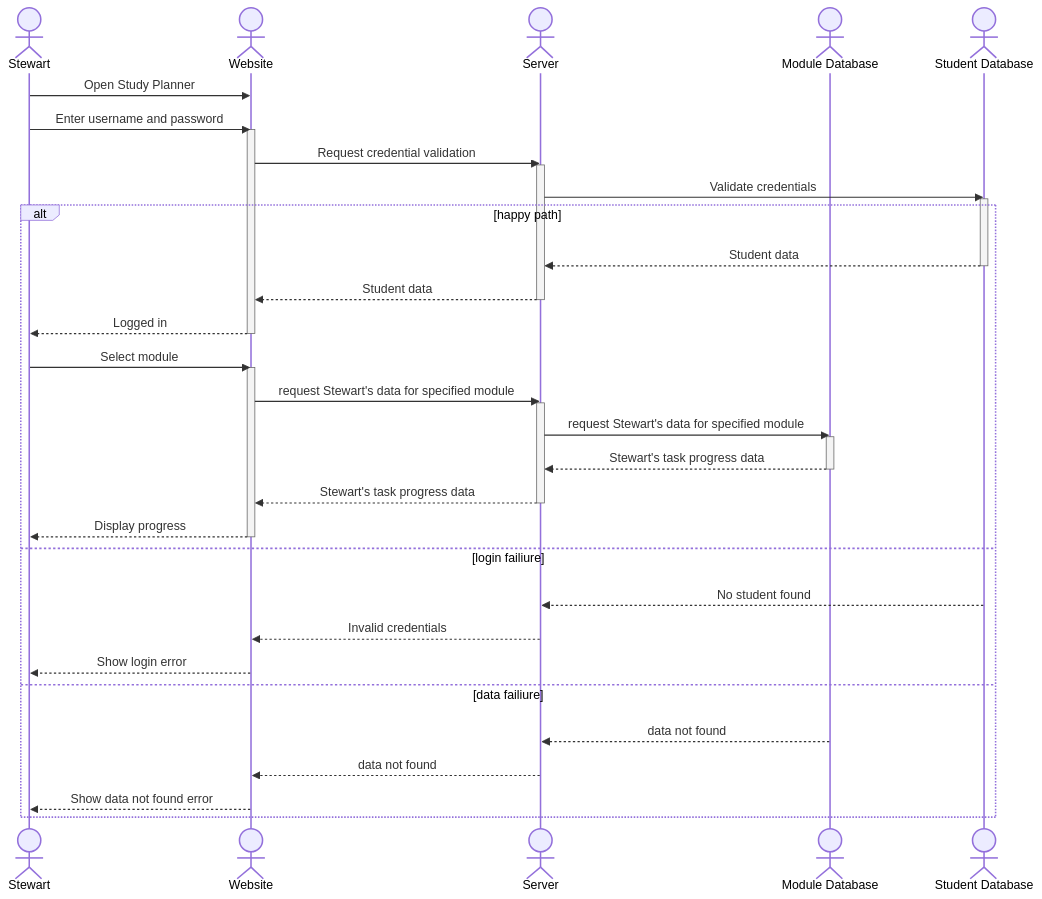
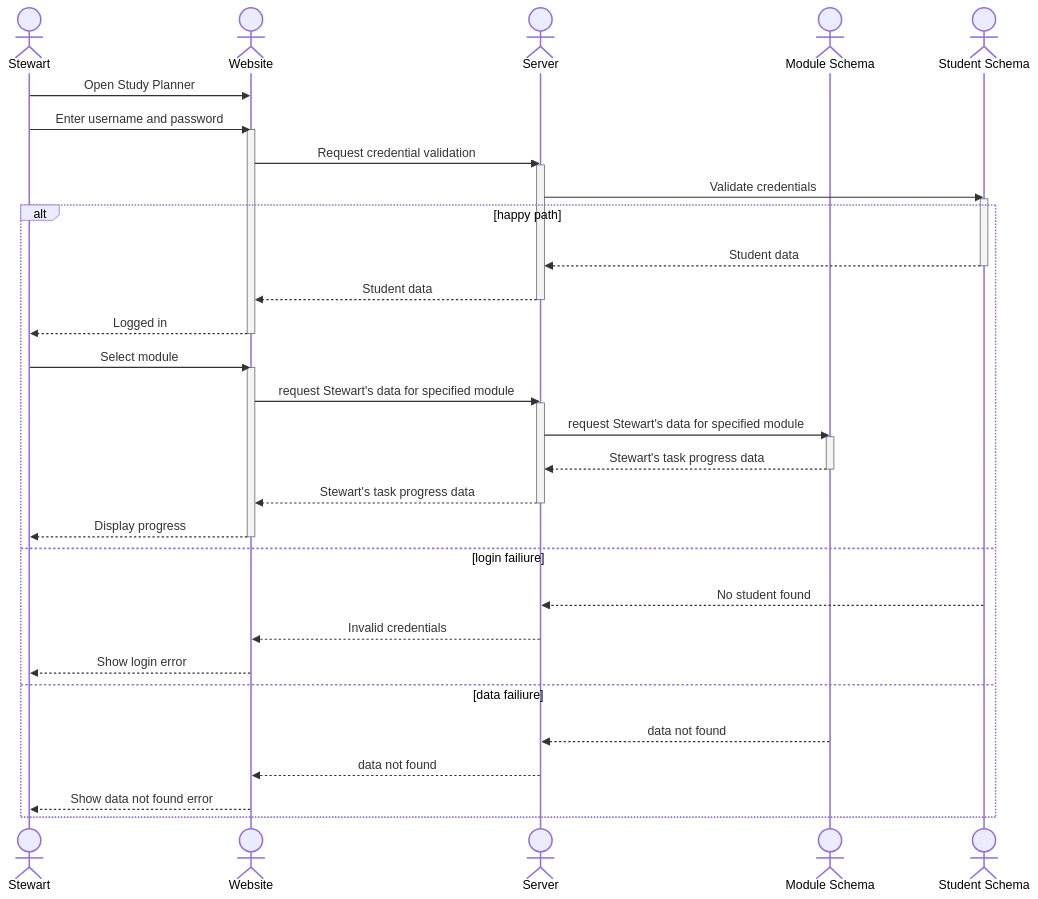
The first of 3 diagrams in Documentation/sequence-diagrams.markdown (Harriet-Crimson/crispy-system), drawn with Mermaid before and after one commit. The commit also changed other lines of this file, not shown here.

Commit message:
Database is now Schema

````diff
--- a/Documentation/sequence-diagrams.markdown
+++ b/Documentation/sequence-diagrams.markdown
@@ -2,45 +2,45 @@
 ```mermaid
 sequenceDiagram
   actor Stewart
   actor Website
   actor Server
-  actor Module Database
-  actor Student Database
+  actor Module Schema
+  actor Student Schema
   Stewart->>Website: Open Study Planner
   Stewart->>Website: Enter username and password
   activate Website
   Website->>Server: Request credential validation
   activate Server
-  Server->>Student Database: Validate credentials
-  activate Student Database
+  Server->>Student Schema: Validate credentials
+  activate Student Schema
   alt happy path
-    Student Database -->> Server: Student data
-    deactivate Student Database
+    Student Schema -->> Server: Student data
+    deactivate Student Schema
     Server -->> Website: Student data
     deactivate Server
     Website -->> Stewart: Logged in
     deactivate Website
     Stewart ->> Website: Select module
     activate Website
     Website ->> Server: request Stewart's data for specified module
     activate Server
-    Server ->> Module Database: request Stewart's data for specified module
-    activate Module Database
-    Module Database -->> Server: Stewart's task progress data
-    deactivate Module Database
+    Server ->> Module Schema: request Stewart's data for specified module
+    activate Module Schema
+    Module Schema -->> Server: Stewart's task progress data
+    deactivate Module Schema
     Server -->> Website: Stewart's task progress data
     deactivate Server
     Website -->> Stewart: Display progress
     deactivate Website
   else login failiure
-    Student Database -->> Server: No student found
+    Student Schema -->> Server: No student found
     Server -->> Website: Invalid credentials
     Website -->> Stewart: Show login error
   else data failiure
-    Module Database -->> Server: data not found
+    Module Schema -->> Server: data not found
     Server -->> Website: data not found
     Website -->> Stewart: Show data not found error
   end
 
   
 ```
````
